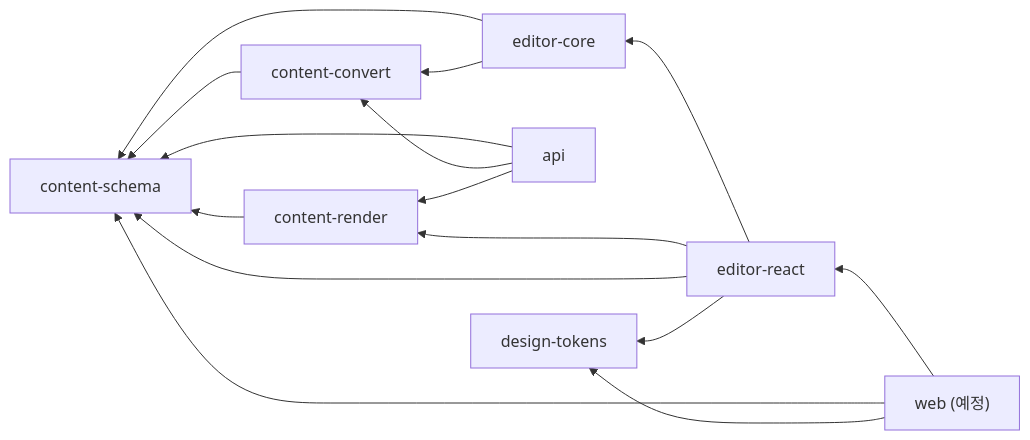
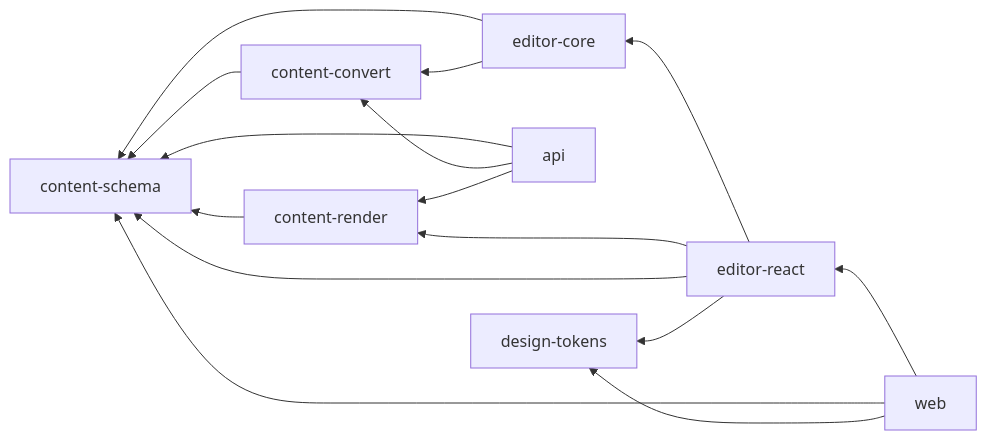
The first of 2 diagrams in README.md (cgamja/blog-editor), drawn with Mermaid before and after one commit. The commit also changed other lines of this file and 1 other file, not shown here.

````diff
--- a/README.md
+++ b/README.md
@@ -58,17 +63,17 @@
 ```mermaid
 flowchart RL
   render[content-render] --> schema[content-schema]
   convert[content-convert] --> schema
   core[editor-core] --> schema
   core --> convert
   react[editor-react] --> core
   react --> render
   react --> schema
   api --> schema
   api --> convert
   api --> render
-  web["web (예정)"] --> react
+  web["web"] --> react
   web --> schema
   web --> tokens[design-tokens]
   react --> tokens
 ```
````
